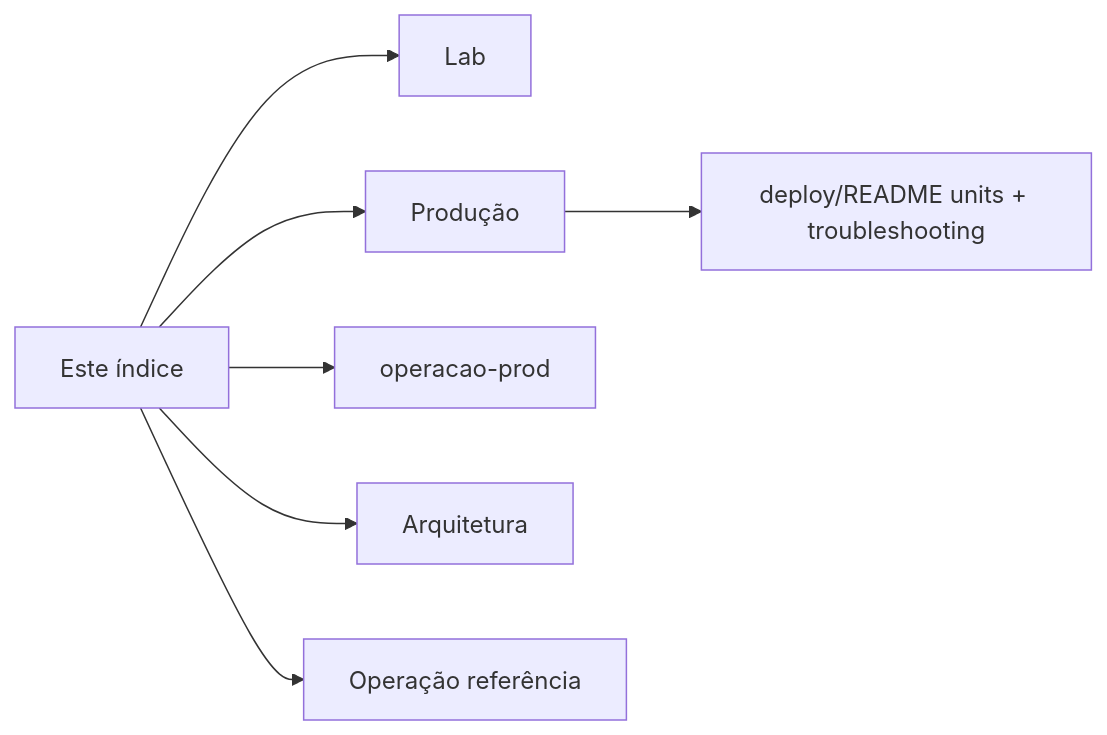
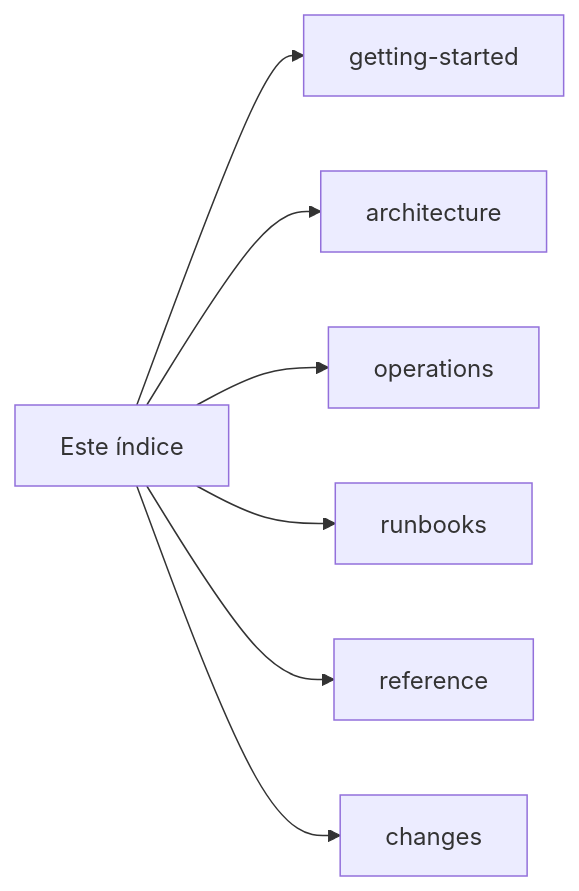
One commit to rafaellcardooso/empresarial-grno changed the diagram in docs/README.md. Above: the diagram before and after it, drawn with Mermaid. The commit also changed other lines of this file and 48 other files, not shown here.

````diff
--- a/docs/README.md
+++ b/docs/README.md
@@ -19,10 +21,10 @@
 ```mermaid
 flowchart LR
   hub[Este índice]
-  hub --> lab[Lab]
-  hub --> prod[Produção]
-  hub --> delta[operacao-prod]
-  hub --> arch[Arquitetura]
-  hub --> ref[Operação referência]
-  prod --> units[deploy/README units + troubleshooting]
+  hub --> start[getting-started]
+  hub --> arch[architecture]
+  hub --> ops[operations]
+  hub --> rb[runbooks]
+  hub --> ref[reference]
+  hub --> hist[changes]
 ```
````
